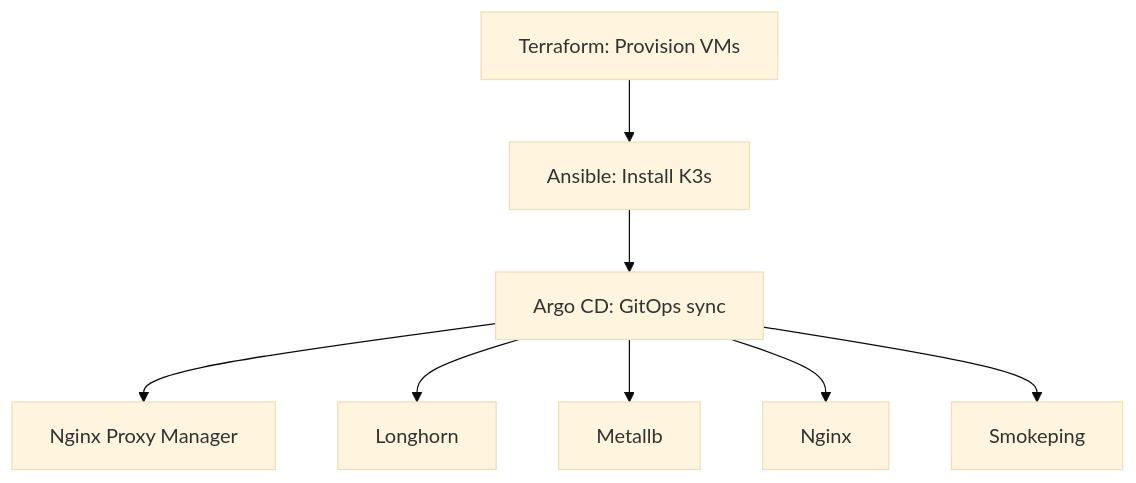
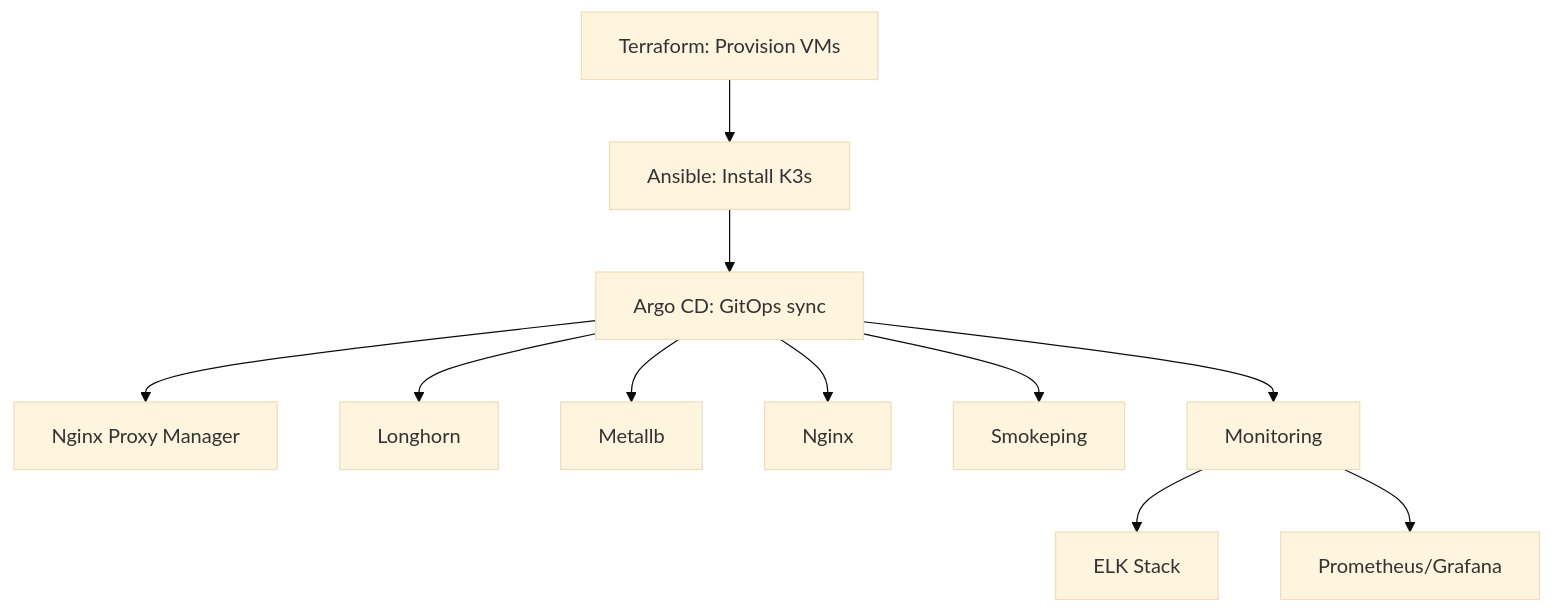
One commit to paul-sturrock/homelab-infra changed the diagram in README.md. Above: the diagram before and after it, drawn with Mermaid (base theme).

````diff
--- a/README.md
+++ b/README.md
@@ -61,10 +61,14 @@
 ```mermaid
 flowchart TD
   A[Terraform: Provision VMs] --> B[Ansible: Install K3s]
   B --> C[Argo CD: GitOps sync]
   C --> D[Nginx Proxy Manager]
   C --> E[Longhorn]
   C --> F[Metallb]
   C --> G[Nginx]
   C --> H[Smokeping]
+  C --> I[Monitoring]
+  I --> J[ELK Stack]
+  I --> K[Prometheus/Grafana]
+
 ```
````
